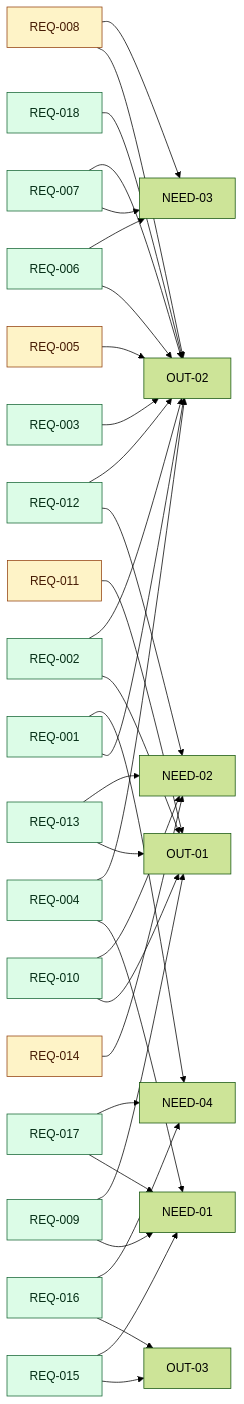
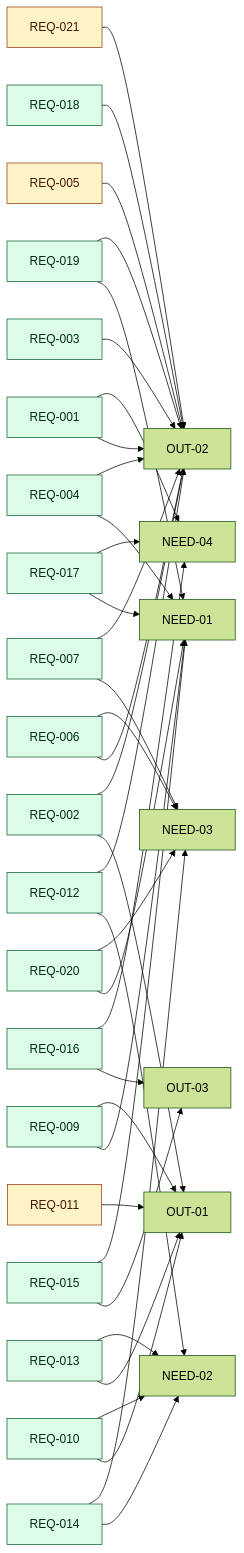
The third of 3 diagrams in docs/sessions/2026-11-03-year-goal-setting/define/diagrams.md (dkoenawan/mycelia), drawn with Mermaid (forest theme) before and after one commit. The commit also changed other lines of this file and 6 other files, not shown here.

````diff
--- a/docs/sessions/2026-11-03-year-goal-setting/define/diagrams.md
+++ b/docs/sessions/2026-11-03-year-goal-setting/define/diagrams.md
@@ -74,43 +79,47 @@
 ```mermaid
 flowchart LR
   classDef must fill:#DCFCE7,stroke:#166534,color:#052E16
   classDef should fill:#FEF3C7,stroke:#92400E,color:#451A03
   O01["OUT-01"]
   O02["OUT-02"]
   O03["OUT-03"]
   N01["NEED-01"]
   N02["NEED-02"]
   N03["NEED-03"]
   N04["NEED-04"]
   R001["REQ-001"]:::must --> O02
   R001 --> N04
   R002["REQ-002"]:::must --> O01
   R002 --> O02
   R003["REQ-003"]:::must --> O02
   R004["REQ-004"]:::must --> N01
   R004 --> O02
   R005["REQ-005"]:::should --> O02
   R006["REQ-006"]:::must --> O02
   R006 --> N03
   R007["REQ-007"]:::must --> N03
   R007 --> O02
-  R008["REQ-008"]:::should --> O02
-  R008 --> N03
   R009["REQ-009"]:::must --> N01
   R009 --> O01
   R010["REQ-010"]:::must --> O01
   R010 --> N02
   R011["REQ-011"]:::should --> O01
   R012["REQ-012"]:::must --> N02
   R012 --> O02
   R013["REQ-013"]:::must --> O01
   R013 --> N02
-  R014["REQ-014"]:::should --> N02
+  R014["REQ-014"]:::must --> N02
+  R014 --> N03
   R015["REQ-015"]:::must --> O03
   R015 --> N01
   R016["REQ-016"]:::must --> O03
   R016 --> N04
   R017["REQ-017"]:::must --> N01
   R017 --> N04
   R018["REQ-018"]:::must --> O02
+  R019["REQ-019"]:::must --> N01
+  R019 --> O02
+  R020["REQ-020"]:::must --> N01
+  R020 --> N03
+  R021["REQ-021"]:::should --> O02
 ```
````
